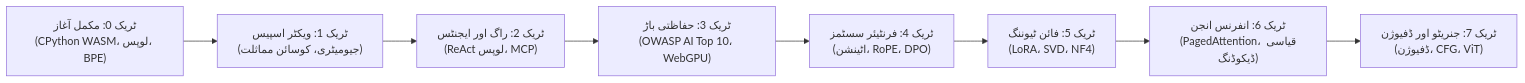
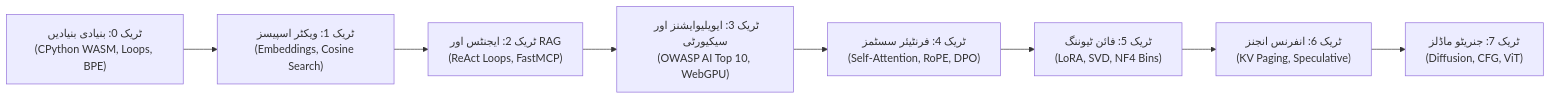
The first of 2 diagrams in docs/translations/README_ur.md (Adilrafiq001/OpenGuideForAI), drawn with Mermaid before and after one commit. The commit also changed other lines of this file and 19 other files, not shown here.

````diff
--- a/docs/translations/README_ur.md
+++ b/docs/translations/README_ur.md
@@ -112,13 +76,13 @@
 ```mermaid
 graph LR
-    T0["ٹریک 0: مکمل آغاز<br/>(CPython WASM، لوپس، BPE)"]
-    T1["ٹریک 1: ویکٹر اسپیس<br/>(جیومیٹری، کوسائن مماثلت)"]
-    T2["ٹریک 2: راگ اور ایجنٹس<br/>(ReAct لوپس، MCP)"]
-    T3["ٹریک 3: حفاظتی باڑ<br/>(OWASP AI Top 10، WebGPU)"]
-    T4["ٹریک 4: فرنٹیئر سسٹمز<br/>(اٹینشن، RoPE، DPO)"]
-    T5["ٹریک 5: فائن ٹیوننگ<br/>(LoRA، SVD، NF4)"]
-    T6["ٹریک 6: انفرنس انجن<br/>(PagedAttention، قیاسی ڈیکوڈنگ)"]
-    T7["ٹریک 7: جنریٹو اور ڈفیوژن<br/>(ڈفیوژن، CFG، ViT)"]
+    T0["ٹریک 0: بنیادی بنیادیں<br/>(CPython WASM, Loops, BPE)"]
+    T1["ٹریک 1: ویکٹر اسپیسز<br/>(Embeddings, Cosine Search)"]
+    T2["ٹریک 2: ایجنٹس اور RAG<br/>(ReAct Loops, FastMCP)"]
+    T3["ٹریک 3: ایویلیوایشنز اور سیکیورٹی<br/>(OWASP AI Top 10, WebGPU)"]
+    T4["ٹریک 4: فرنٹیئر سسٹمز<br/>(Self-Attention, RoPE, DPO)"]
+    T5["ٹریک 5: فائن ٹیوننگ<br/>(LoRA, SVD, NF4 Bins)"]
+    T6["ٹریک 6: انفرنس انجنز<br/>(KV Paging, Speculative)"]
+    T7["ٹریک 7: جنریٹو ماڈلز<br/>(Diffusion, CFG, ViT)"]
 
     T0 --> T1 --> T2 --> T3 --> T4 --> T5 --> T6 --> T7
 ```
````
